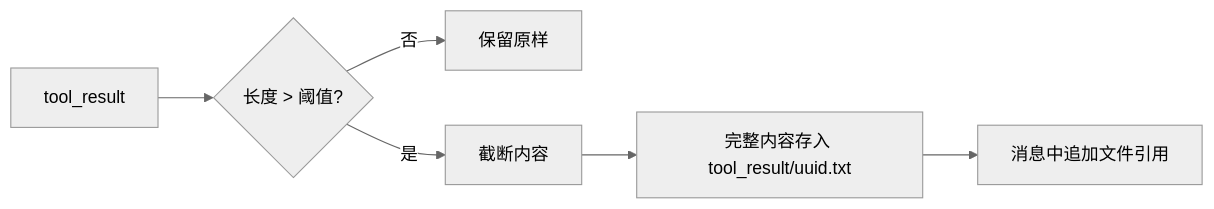
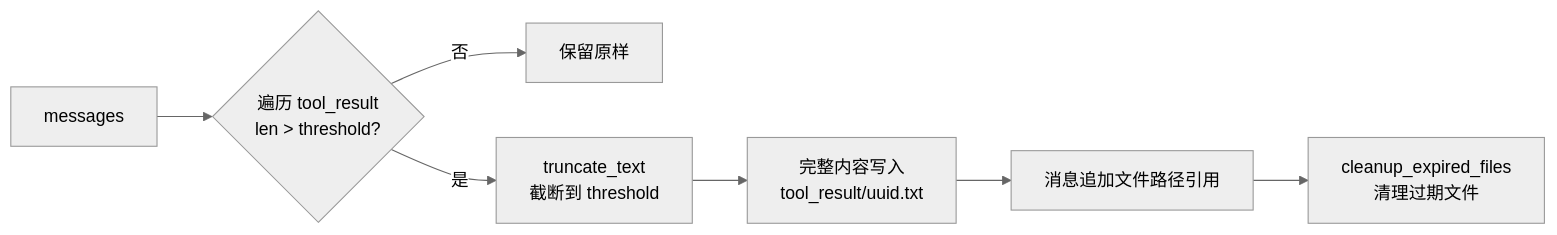
Before and after one commit to agentscope-ai/ReMe: the fifth of 9 diagrams in README_ZH.md, drawn with Mermaid (neutral theme). The commit also changed other lines of this file, not shown here.

Commit message:
docs(readme): update Chinese documentation with enhanced memory management diagrams

````diff
--- a/README_ZH.md
+++ b/README_ZH.md
@@ -259,8 +264,9 @@
 ```mermaid
 graph LR
-    T[tool_result] --> C{长度 > 阈值?}
-    C -->|否| K[保留原样]
-    C -->|是| X[截断内容]
-    X --> S[完整内容存入 tool_result/uuid.txt]
-    S --> R[消息中追加文件引用]
+    M[messages] --> L{遍历 tool_result<br>len > threshold?}
+    L -->|否| K[保留原样]
+    L -->|是| T[truncate_text<br>截断到 threshold]
+    T --> S[完整内容写入<br>tool_result/uuid.txt]
+    S --> R[消息追加文件路径引用]
+    R --> C[cleanup_expired_files<br>清理过期文件]
 ```
````
